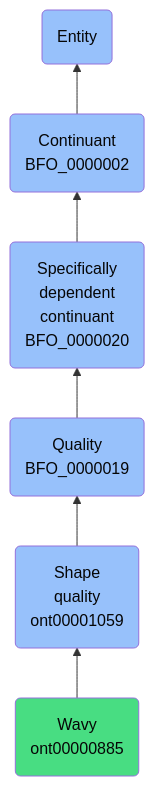
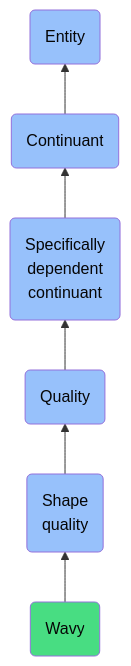
Before and after one commit to jupyter-naas/abi: the diagram in docs/ontology/reference/model/Entity/Continuant/Specifically dependent continuant/Quality/Shape quality/Wavy/Wavy.md, drawn with Mermaid. The commit also changed other lines of this file and 1430 other files, not shown here.

````diff
--- a/docs/ontology/reference/model/Entity/Continuant/Specifically dependent continuant/Quality/Shape quality/Wavy/Wavy.md
+++ b/docs/ontology/reference/model/Entity/Continuant/Specifically dependent continuant/Quality/Shape quality/Wavy/Wavy.md
@@ -24,13 +24,13 @@
 ```mermaid
 graph BT
-    ont00000885(Wavy<br>ont00000885):::ABI-->ont00001059
-    ont00001059(Shape<br>quality<br>ont00001059):::BFO-->BFO_0000019
-    BFO_0000019(Quality<br>BFO_0000019):::BFO-->BFO_0000020
-    BFO_0000020(Specifically<br>dependent<br>continuant<br>BFO_0000020):::BFO-->BFO_0000002
-    BFO_0000002(Continuant<br>BFO_0000002):::BFO-->BFO_0000001
+    ont00000885(Wavy):::ABI-->ont00001059
+    ont00001059(Shape<br>quality):::BFO-->BFO_0000019
+    BFO_0000019(Quality):::BFO-->BFO_0000020
+    BFO_0000020(Specifically<br>dependent<br>continuant):::BFO-->BFO_0000002
+    BFO_0000002(Continuant):::BFO-->BFO_0000001
     BFO_0000001(Entity):::BFO
     
     classDef BFO fill:#97c1fb,color:#060606
     classDef CCO fill:#e4c51e,color:#060606
     classDef ABI fill:#48DD82,color:#060606
 ```
````
